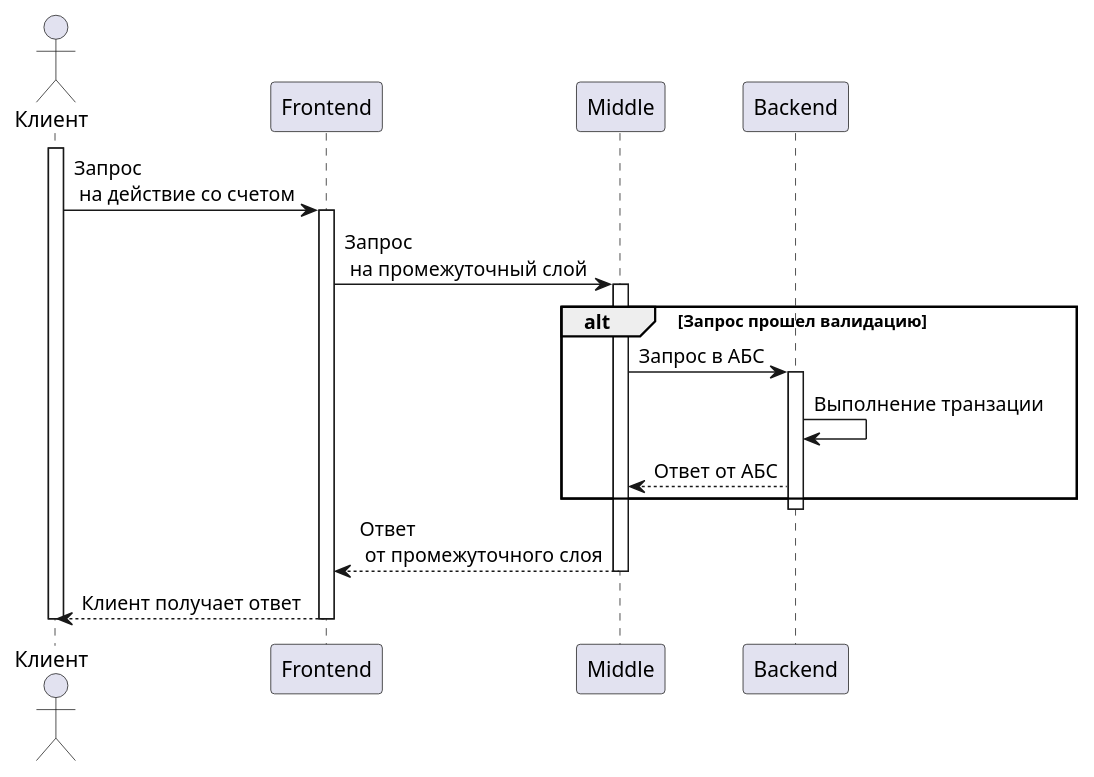
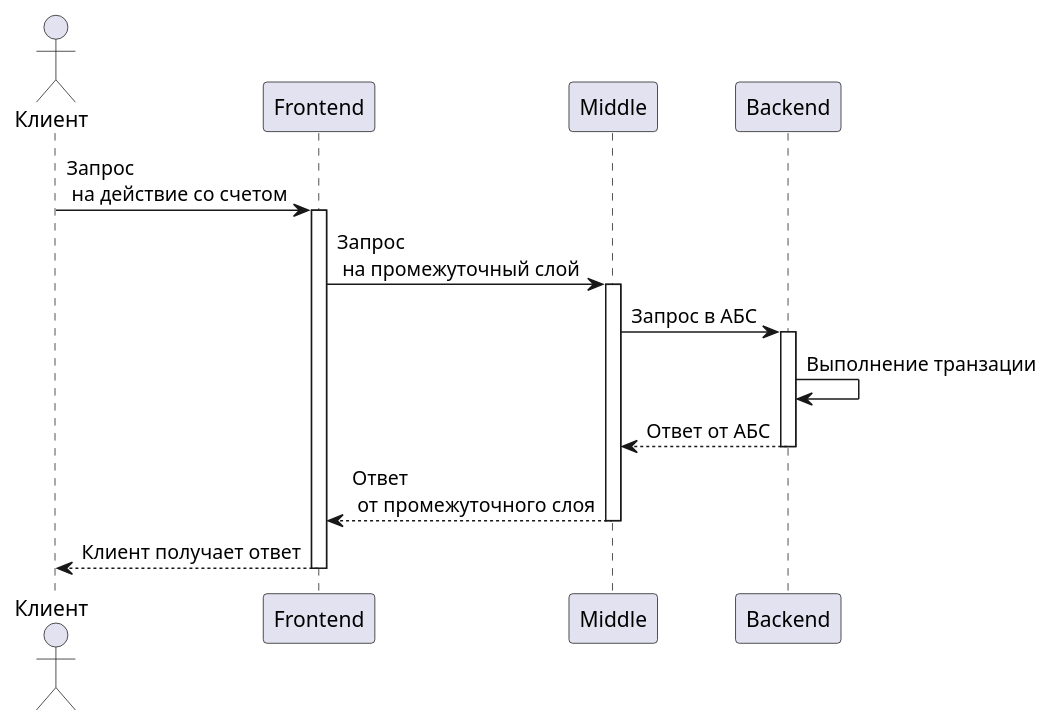
One commit to gpb-it-factory/ganeev-telegram-bot changed the diagram in README.md. Above: the diagram before and after it, drawn with PlantUML. The commit also changed other lines of this file, not shown here.

Commit message:
Исправлен README.md

````diff
--- a/README.md
+++ b/README.md
@@ -36,29 +38,29 @@
 ```plantuml
 @startUML
 actor Клиент
 participant Frontend
 participant Middle
 participant Backend
 
-activate Клиент
+
 Клиент -> Frontend : Запрос \n на действие со счетом
 activate Frontend
 Frontend -> Middle : Запрос \n на промежуточный слой 
 activate Middle 
-alt Запрос прошел валидацию
+
 Middle -> Backend: Запрос в АБС
 activate Backend
 Backend -> Backend: Выполнение транзации
 Backend --> Middle: Ответ от АБС
-end
+
 deactivate Backend
 Middle --> Frontend  : Ответ \n от промежуточного слоя
 deactivate Middle 
 
 
 Frontend --> Клиент : Клиент получает ответ
 deactivate Frontend
 
-deactivate Клиент
+
 @endUML
 ```
````
